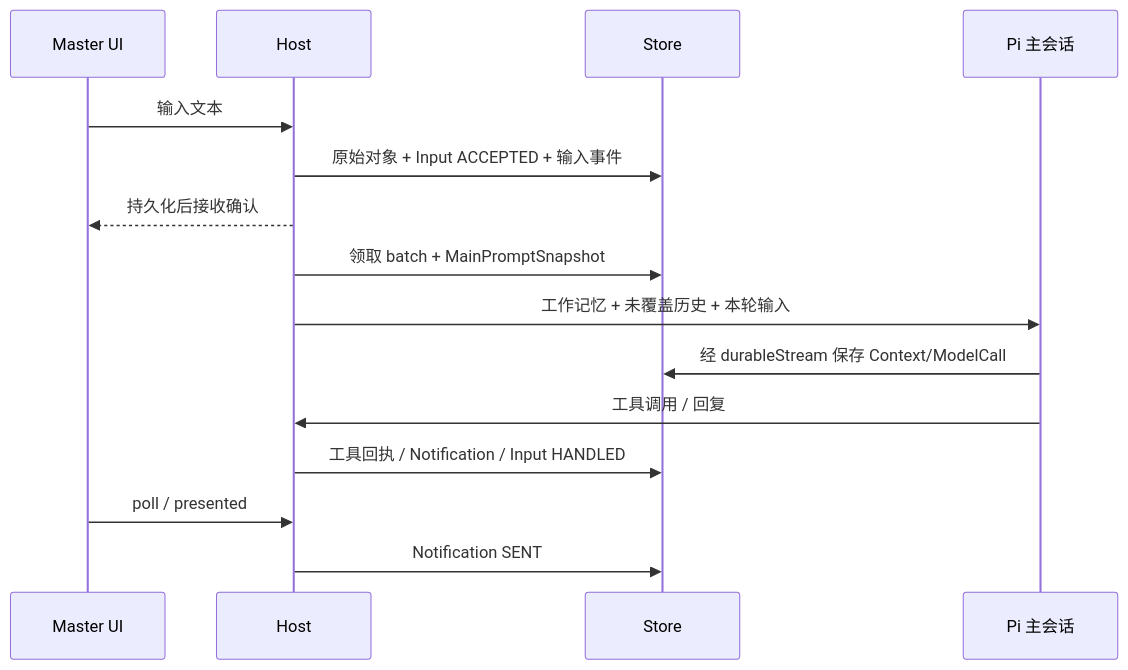
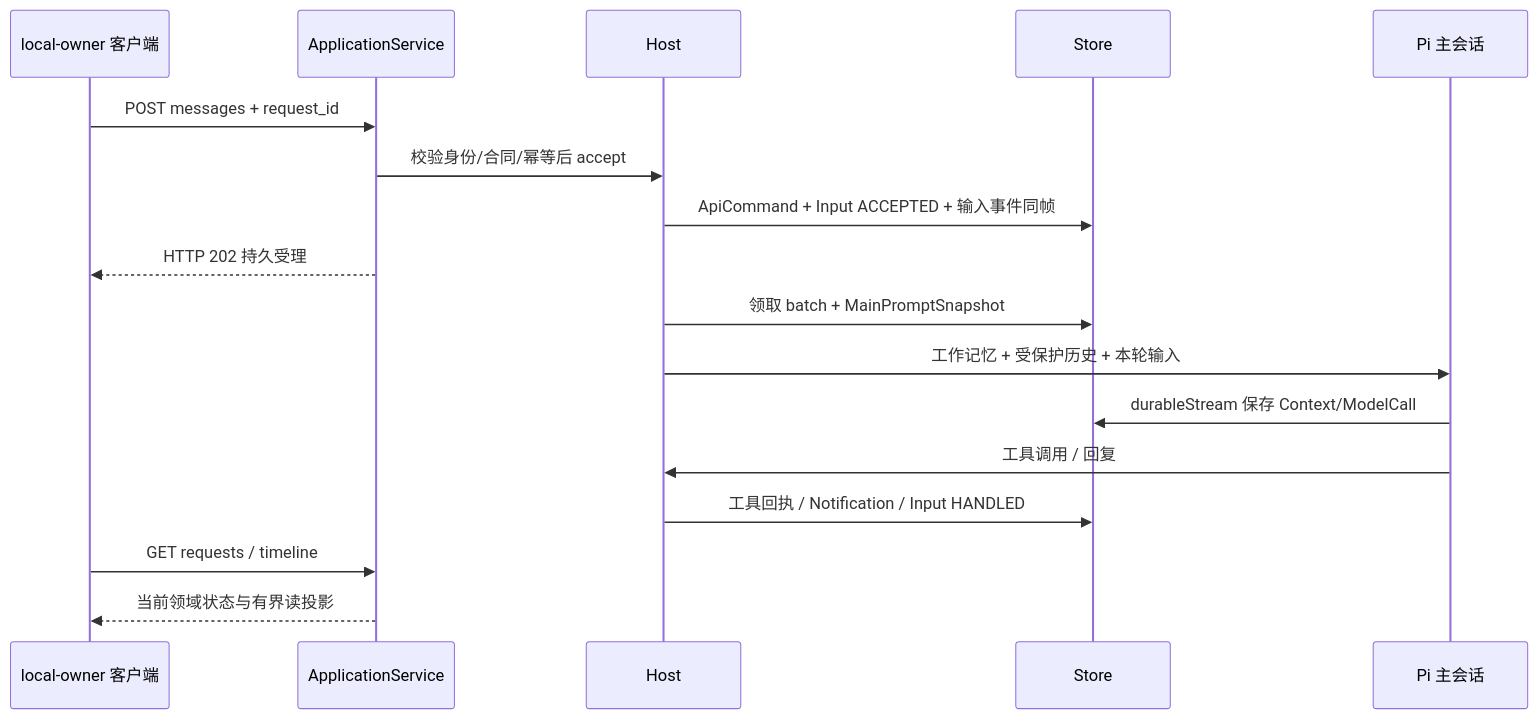
One commit to ExplodeCode6324/Secretary changed the first of 2 diagrams in docs/data-flow.md. Above: the diagram before and after it, drawn with Mermaid. The commit also changed other lines of this file and 147 other files, not shown here.

````diff
--- a/docs/data-flow.md
+++ b/docs/data-flow.md
@@ -5,17 +5,19 @@
 ```mermaid
 sequenceDiagram
-  participant U as Master UI
+  participant C as local-owner 客户端
+  participant A as ApplicationService
   participant H as Host
   participant S as Store
   participant M as Pi 主会话
-  U->>H: 输入文本
-  H->>S: 原始对象 + Input ACCEPTED + 输入事件
-  H-->>U: 持久化后接收确认
+  C->>A: POST messages + request_id
+  A->>H: 校验身份/合同/幂等后 accept
+  H->>S: ApiCommand + Input ACCEPTED + 输入事件同帧
+  A-->>C: HTTP 202 持久受理
   H->>S: 领取 batch + MainPromptSnapshot
-  H->>M: 工作记忆 + 未覆盖历史 + 本轮输入
-  M->>S: 经 durableStream 保存 Context/ModelCall
+  H->>M: 工作记忆 + 受保护历史 + 本轮输入
+  M->>S: durableStream 保存 Context/ModelCall
   M->>H: 工具调用 / 回复
   H->>S: 工具回执 / Notification / Input HANDLED
-  U->>H: poll / presented
-  H->>S: Notification SENT
+  C->>A: GET requests / timeline
+  A-->>C: 当前领域状态与有界读投影
 ```
````
